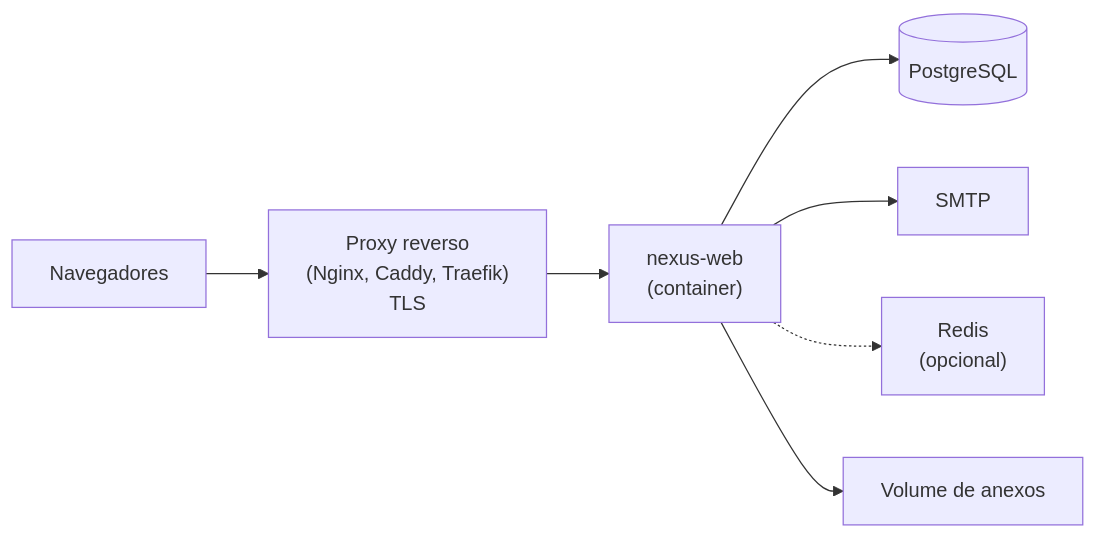
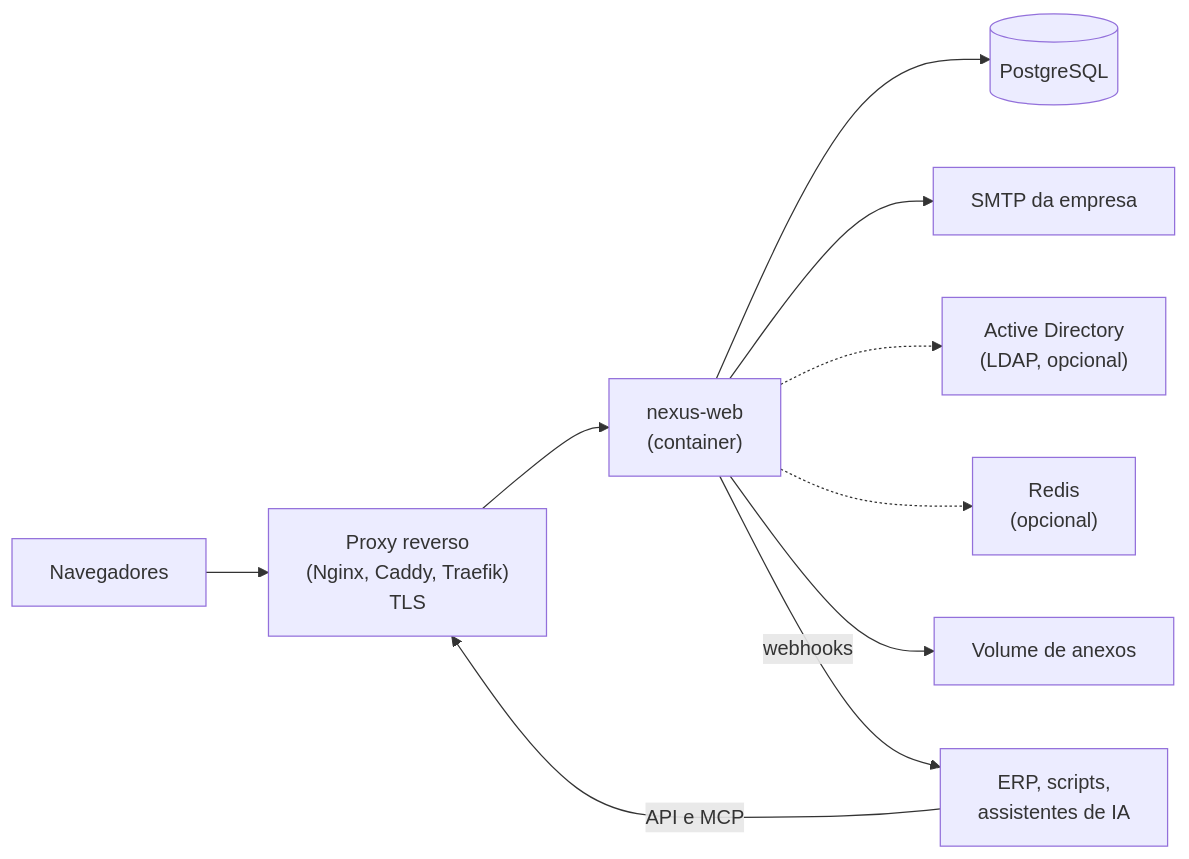
The diagram in docs-site/docs/self-hosted/index.md (gentilpedro/Nexus), drawn with Mermaid before and after one commit. The commit also changed other lines of this file and 9 other files, not shown here.

````diff
--- a/docs-site/docs/self-hosted/index.md
+++ b/docs-site/docs/self-hosted/index.md
@@ -24,9 +23,12 @@
 ```mermaid
 flowchart LR
     U["Navegadores"] --> P["Proxy reverso\n(Nginx, Caddy, Traefik)\nTLS"]
     P --> W["nexus-web\n(container)"]
     W --> DB[("PostgreSQL")]
-    W --> M["SMTP"]
+    W --> M["SMTP da empresa"]
+    W -.-> AD["Active Directory\n(LDAP, opcional)"]
     W -.-> R["Redis\n(opcional)"]
     W --> V["Volume de anexos"]
+    ERP["ERP, scripts,\nassistentes de IA"] -->|API e MCP| P
+    W -->|webhooks| ERP
 ```
````
